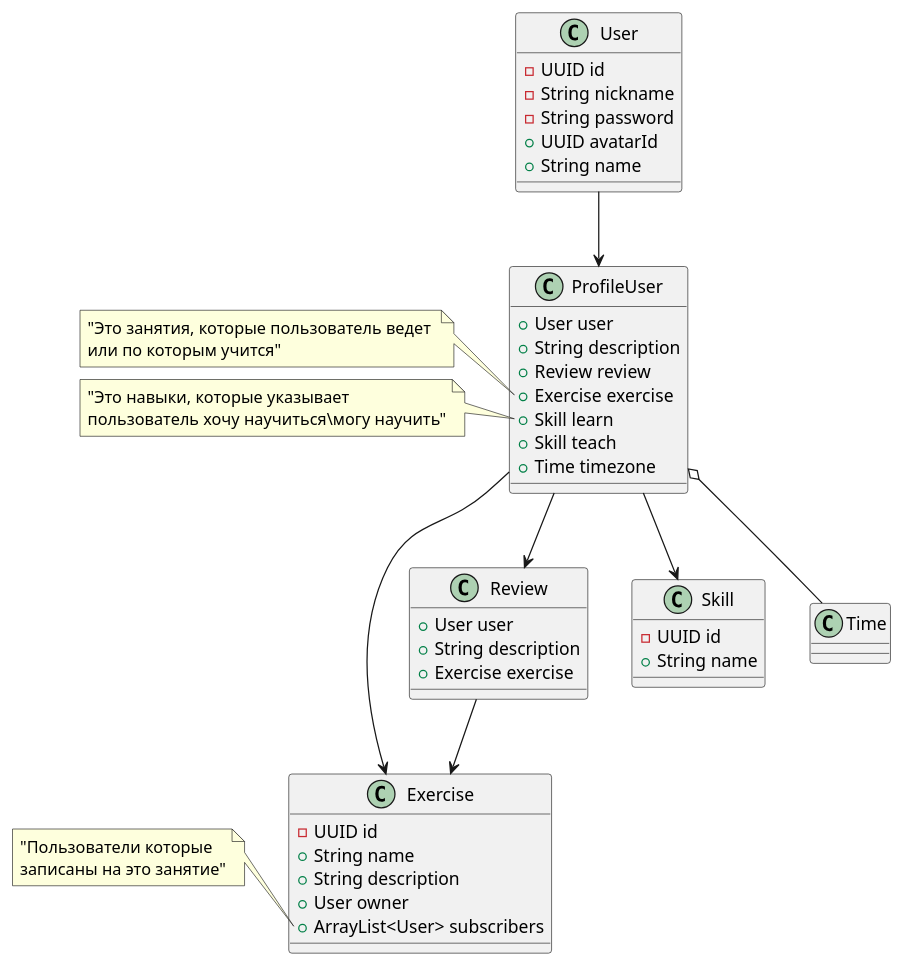
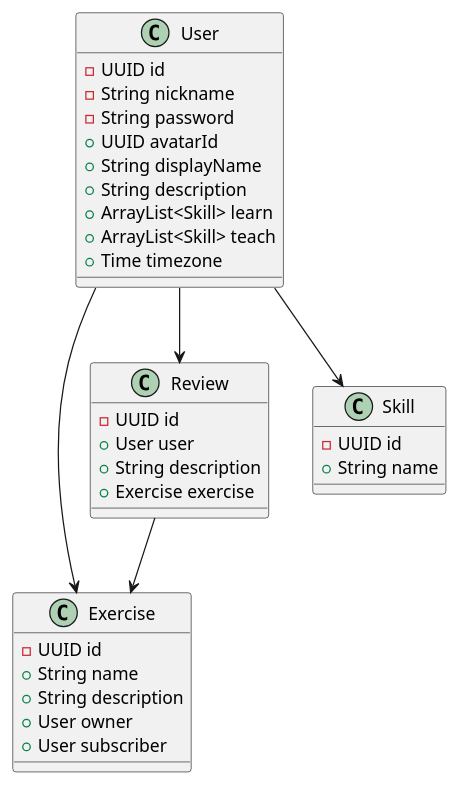
The diagram in sharing-plantuml.wsd (suraifokkusu/sharing), drawn with PlantUML before and after one commit.

```diff
--- a/sharing-plantuml.wsd
+++ b/sharing-plantuml.wsd
@@ -1,59 +1,61 @@
 @startuml sharing
 class "User" as user {
     -UUID id 
     -String nickname 
     -String password 
     +UUID avatarId
-    +String name
+    +String displayName
+    +String description
+    +ArrayList<Skill> learn 
+    +ArrayList<Skill> teach  
+    +Time timezone
 }
-class "ProfileUser" as profile {
-    +User user
-    +String description
-    +Review review
-    +Exercise exercise
-    +Skill learn 
-    +Skill teach  
-    +Time timezone
+' class "ProfileUser" as profile {
+'     +User user
+'     +String description
+'     +ArrayList<Skill> learn 
+'     +ArrayList<Skill> teach  
+'     +Time timezone
 
-}
-note left of profile::exercise
-"Это занятия, которые пользователь ведет 
-или по которым учится"
-end note 
-note left of profile::learn
-"Это навыки, которые указывает
-пользователь хочу научиться\могу научить"
-end note
+' }
+' note left of profile::exercise
+' "Это занятия, которые пользователь ведет 
+' или по которым учится"
+' end note 
+' note left of profile::learn
+' "Это навыки, которые указывает
+' пользователь хочу научиться\могу научить"
+' end note
 class "Review" as review {
+    -UUID id 
     +User user 
     +String description 
     +Exercise exercise 
 }
 class "Exercise" as exercise {
     -UUID id 
     +String name 
     +String description 
     +User owner
-    +ArrayList<User> subscribers
+    +User subscriber
 }
 note left of exercise::subscribers
 "Пользователи которые 
 записаны на это занятие"
 end note
 class "Skill" as skill {
     -UUID id 
     +String name
 }
 
-class "Time" as time {
+'class "Time" as time {
+'}
 
-}
-
-user --> profile
-profile --> skill  
-profile --> exercise 
-profile --> review
-profile o-- time
+' user --> profile
+user --> skill  
+user --> exercise 
+user --> review
+' profile o-- time
 review --> exercise
-
+ 
 @enduml
```
